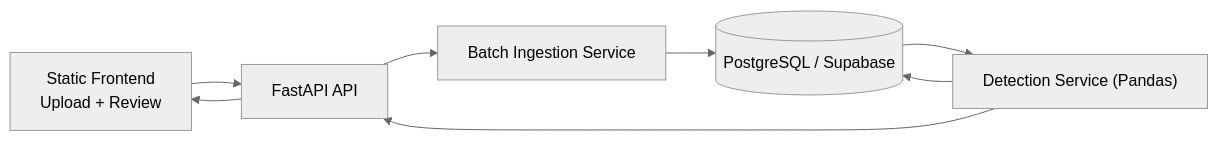
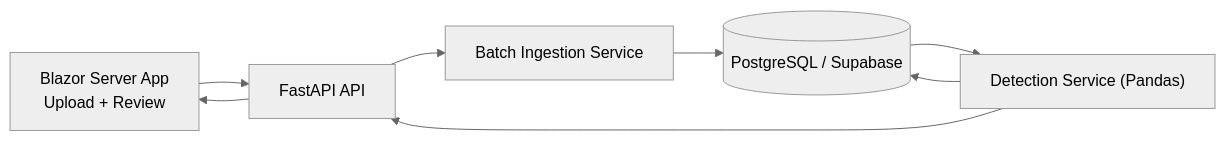
The diagram in docs/architecture.md (akurtle/FraudAnalyzer), drawn with Mermaid (neutral theme) before and after one commit. The commit also changed other lines of this file and 22 other files, not shown here.

Commit message:
feat: refactor frontend into csharp app

````diff
--- a/docs/architecture.md
+++ b/docs/architecture.md
@@ -12,10 +12,10 @@
 ```mermaid
 flowchart LR
-    UI["Static Frontend<br/>Upload + Review"] --> API["FastAPI API"]
+    UI["Blazor Server App<br/>Upload + Review"] --> API["FastAPI API"]
     API --> INGEST["Batch Ingestion Service"]
     INGEST --> DB[("PostgreSQL / Supabase")]
     DB --> DETECT["Detection Service (Pandas)"]
     DETECT --> DB
     DETECT --> API
     API --> UI
 ```
````
